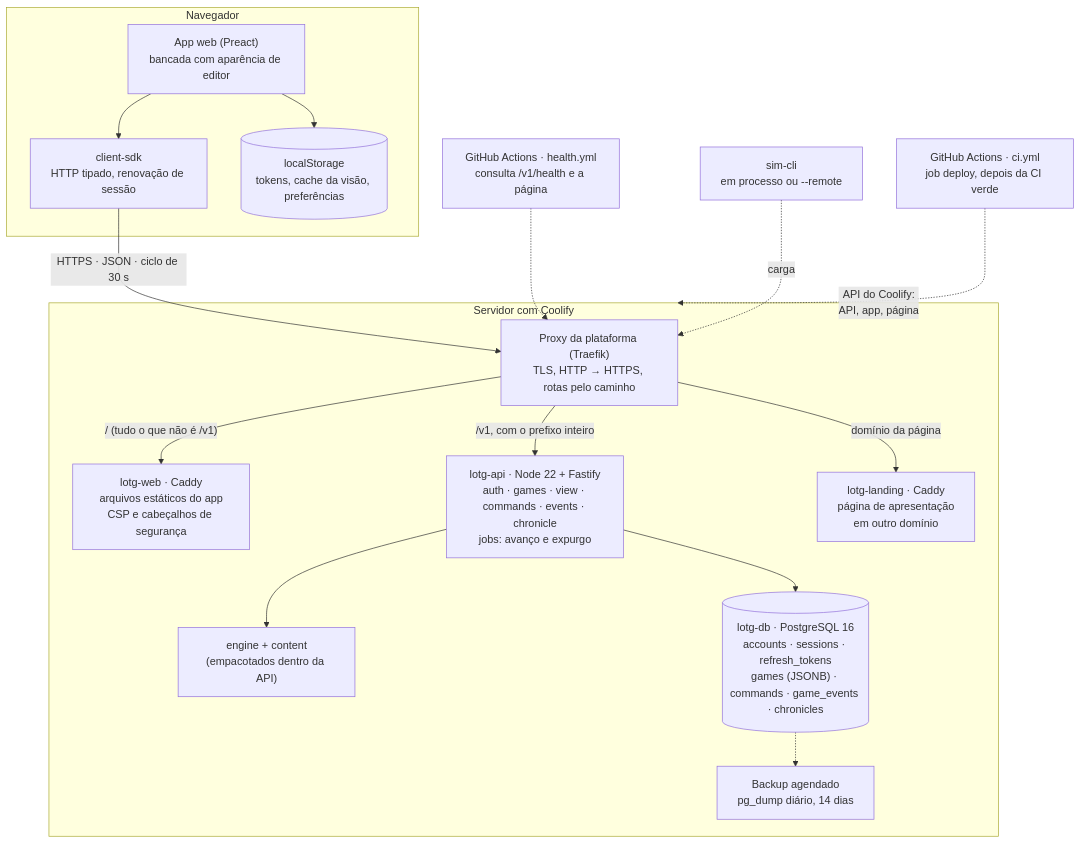
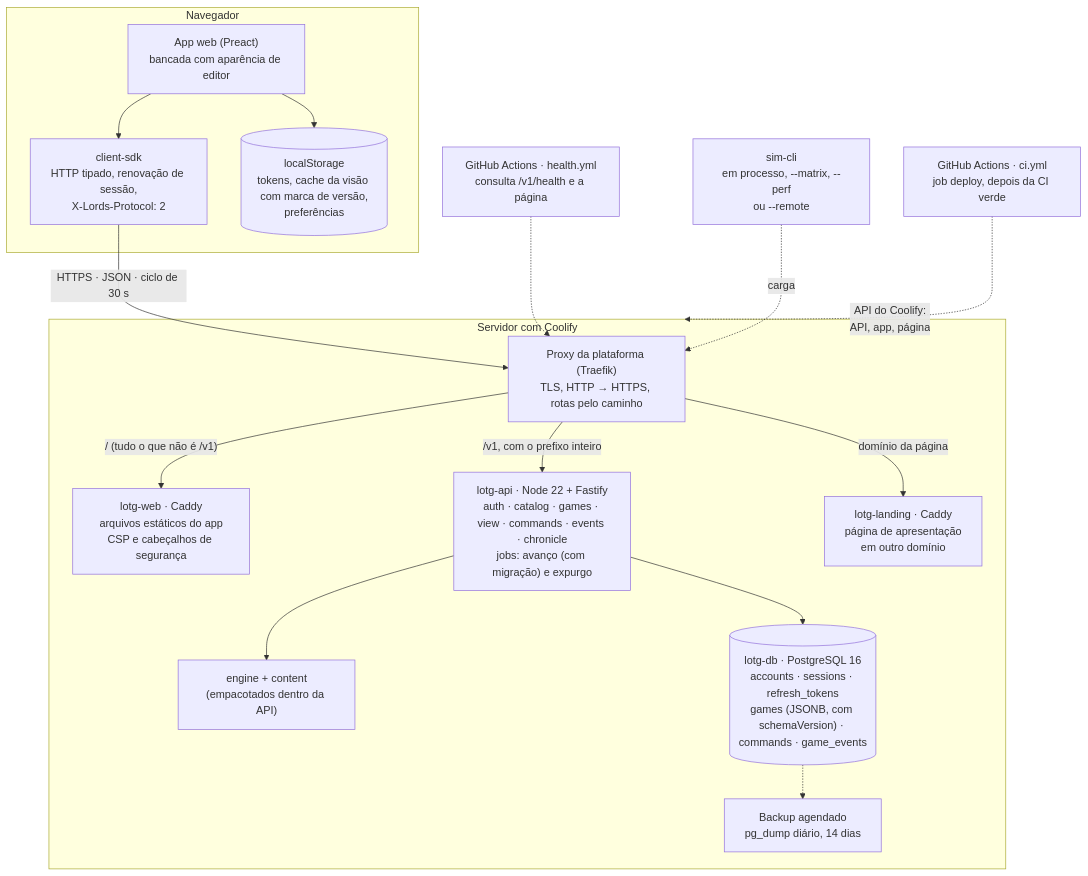
The first of 3 diagrams in docs/architecture.md (gustavopals/pals-vscode-game), drawn with Mermaid before and after one commit. The commit also changed other lines of this file and 2 other files, not shown here.

````diff
--- a/docs/architecture.md
+++ b/docs/architecture.md
@@ -11,33 +13,33 @@
 ```mermaid
 flowchart TB
     subgraph browser["Navegador"]
         App["App web (Preact)<br/>bancada com aparência de editor"]
-        SDK["client-sdk<br/>HTTP tipado, renovação de sessão"]
-        Store[("localStorage<br/>tokens, cache da visão, preferências")]
+        SDK["client-sdk<br/>HTTP tipado, renovação de sessão,<br/>X-Lords-Protocol: 2"]
+        Store[("localStorage<br/>tokens, cache da visão com marca de versão,<br/>preferências")]
         App --> SDK
         App --> Store
     end
 
     SDK -- "HTTPS · JSON · ciclo de 30 s" --> Proxy
 
     subgraph coolify["Servidor com Coolify"]
         Proxy["Proxy da plataforma (Traefik)<br/>TLS, HTTP → HTTPS, rotas pelo caminho"]
         Web["lotg-web · Caddy<br/>arquivos estáticos do app<br/>CSP e cabeçalhos de segurança"]
-        API["lotg-api · Node 22 + Fastify<br/>auth · games · view · commands · events · chronicle<br/>jobs: avanço e expurgo"]
+        API["lotg-api · Node 22 + Fastify<br/>auth · catalog · games · view · commands · events · chronicle<br/>jobs: avanço (com migração) e expurgo"]
         Engine["engine + content<br/>(empacotados dentro da API)"]
-        DB[("lotg-db · PostgreSQL 16<br/>accounts · sessions · refresh_tokens<br/>games (JSONB) · commands · game_events · chronicles")]
+        DB[("lotg-db · PostgreSQL 16<br/>accounts · sessions · refresh_tokens<br/>games (JSONB, com schemaVersion) · commands · game_events")]
         Backup["Backup agendado<br/>pg_dump diário, 14 dias"]
         Landing["lotg-landing · Caddy<br/>página de apresentação<br/>em outro domínio"]
 
         Proxy -- "/ (tudo o que não é /v1)" --> Web
         Proxy -- "/v1, com o prefixo inteiro" --> API
         Proxy -- "domínio da página" --> Landing
         API --> Engine
         API --> DB
         DB -.-> Backup
     end
 
     Monitor["GitHub Actions · health.yml<br/>consulta /v1/health e a página"] -.-> Proxy
-    Sim["sim-cli<br/>em processo ou --remote"] -. "carga" .-> Proxy
+    Sim["sim-cli<br/>em processo, --matrix, --perf<br/>ou --remote"] -. "carga" .-> Proxy
     Deploy["GitHub Actions · ci.yml<br/>job deploy, depois da CI verde"] -. "API do Coolify:<br/>API, app, página" .-> coolify
 ```
````
